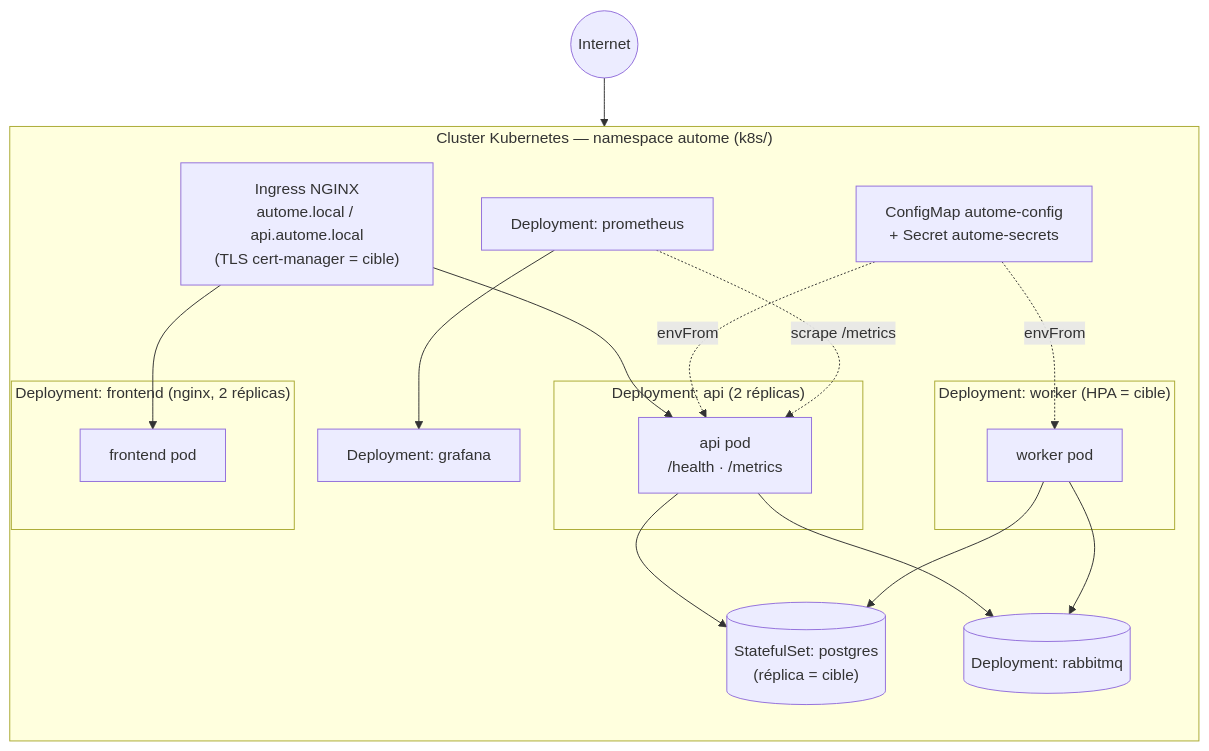
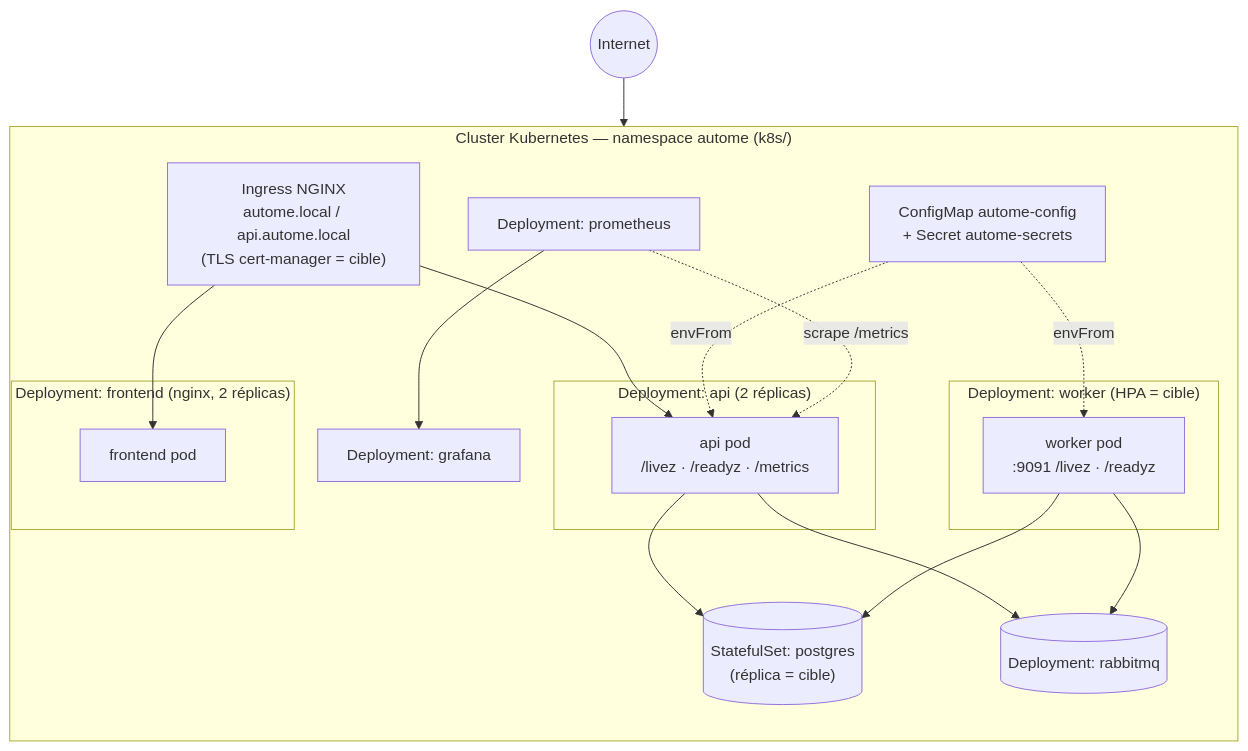
The third of 5 diagrams in docs/ARCHITECTURE.md (TheDarkMac/autome), drawn with Mermaid before and after one commit. The commit also changed 3 other files, not shown here.

Commit message:
docs(ops): sondes vivant et prêt, roadmap [backlog-probes]

````diff
--- a/docs/ARCHITECTURE.md
+++ b/docs/ARCHITECTURE.md
@@ -137,33 +137,33 @@
 ```mermaid
 flowchart TB
   subgraph K8s["Cluster Kubernetes — namespace autome (k8s/)"]
     direction TB
     ING["Ingress NGINX<br/>autome.local / api.autome.local<br/>(TLS cert-manager = cible)"]
     subgraph apiD["Deployment: api (2 réplicas)"]
-      A1["api pod<br/>/health · /metrics"]
+      A1["api pod<br/>/livez · /readyz · /metrics"]
     end
     subgraph wkD["Deployment: worker (HPA = cible)"]
-      W1["worker pod"]
+      W1["worker pod<br/>:9091 /livez · /readyz"]
     end
     subgraph feD["Deployment: frontend (nginx, 2 réplicas)"]
       F1["frontend pod"]
     end
     PG[("StatefulSet: postgres<br/>(réplica = cible)")]
     MQ[("Deployment: rabbitmq")]
     PROM["Deployment: prometheus"]
     GRAF["Deployment: grafana"]
     CM["ConfigMap autome-config<br/>+ Secret autome-secrets"]
   end
 
   Internet((Internet)) --> ING
   ING --> F1
   ING --> A1
   A1 --> PG
   A1 --> MQ
   W1 --> MQ
   W1 --> PG
   CM -.envFrom.-> A1
   CM -.envFrom.-> W1
   PROM -.scrape /metrics.-> A1
   PROM --> GRAF
 ```
````
